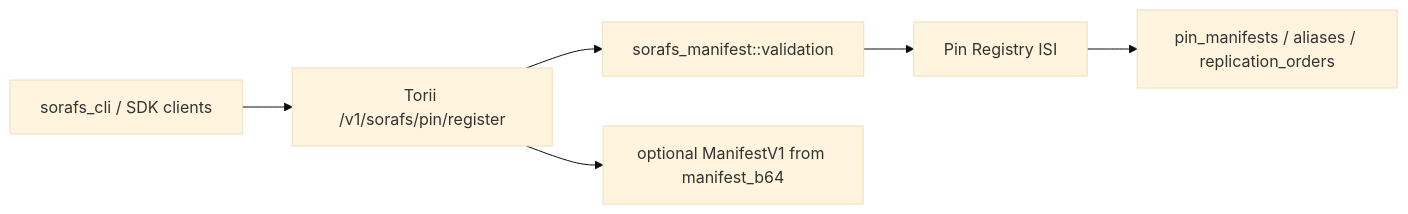
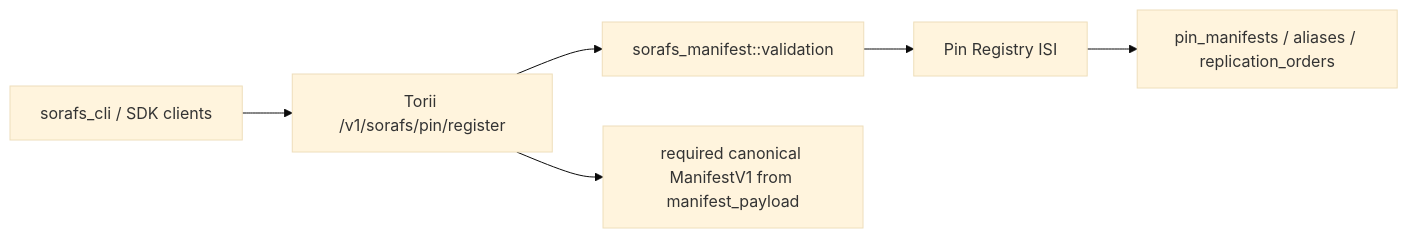
One commit to hyperledger-iroha/iroha changed the diagram in docs/portal/docs/sorafs/pin-registry-validation-plan.am.md. Above: the diagram before and after it, drawn with Mermaid (base theme). The commit also changed other lines of this file and 1403 other files, not shown here.

````diff
--- a/docs/portal/docs/sorafs/pin-registry-validation-plan.am.md
+++ b/docs/portal/docs/sorafs/pin-registry-validation-plan.am.md
@@ -38,8 +38,8 @@
 ```mermaid
 flowchart LR
     cli["sorafs_cli / SDK clients"] --> torii["Torii /v1/sorafs/pin/register"]
     torii --> validator["sorafs_manifest::validation"]
-    torii --> manifest["optional ManifestV1 from manifest_b64"]
+    torii --> manifest["required canonical ManifestV1 from manifest_payload"]
     validator --> registry["Pin Registry ISI"]
     registry --> state["pin_manifests / aliases / replication_orders"]
 ```
````
